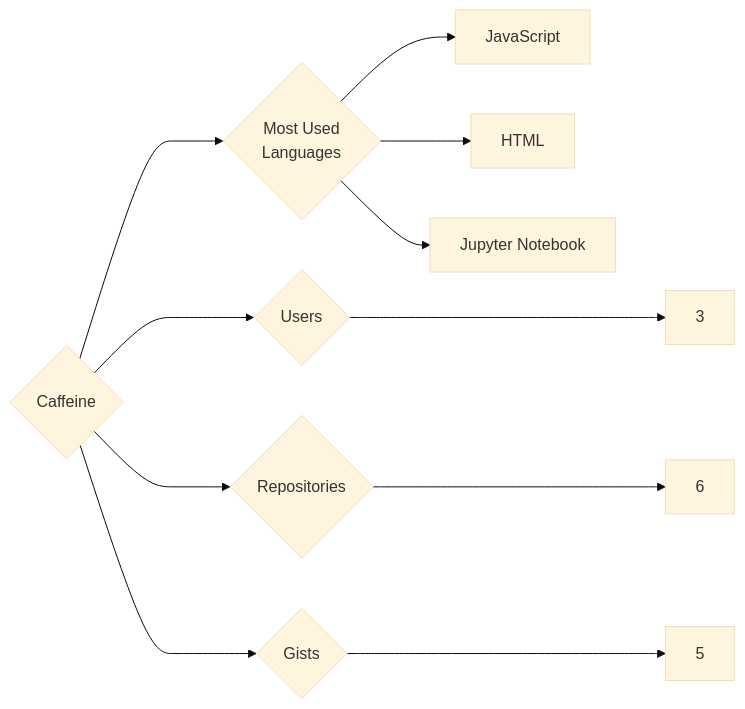
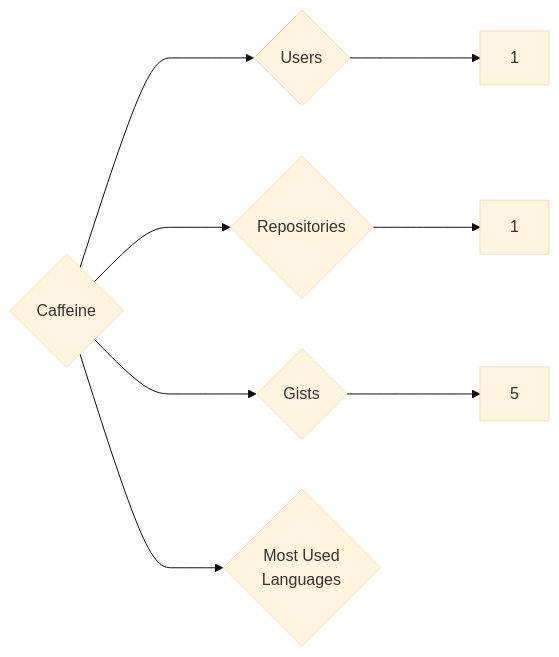
One commit to trickest/insiders changed the diagram in targets/Caffeine/README.md. Above: the diagram before and after it, drawn with Mermaid (base theme). The commit also changed 1020 other files, not shown here.

````diff
--- a/targets/Caffeine/README.md
+++ b/targets/Caffeine/README.md
@@ -3,11 +3,8 @@
 ```mermaid
 graph LR
 COMPANY_NAME{Caffeine}
-COMPANY_NAME ---> U{Users} ---> UN[3]
-COMPANY_NAME ---> R{Repositories} ---> RN[6]
+COMPANY_NAME ---> U{Users} ---> UN[1]
+COMPANY_NAME ---> R{Repositories} ---> RN[1]
 COMPANY_NAME ---> G{Gists} ---> GN[5]
 COMPANY_NAME ---> ML{Most Used<br>Languages}
-ML --> JavaScript[JavaScript]
-ML --> HTML[HTML]
-ML --> Jupyter_Notebook[Jupyter Notebook]
 ```
````
